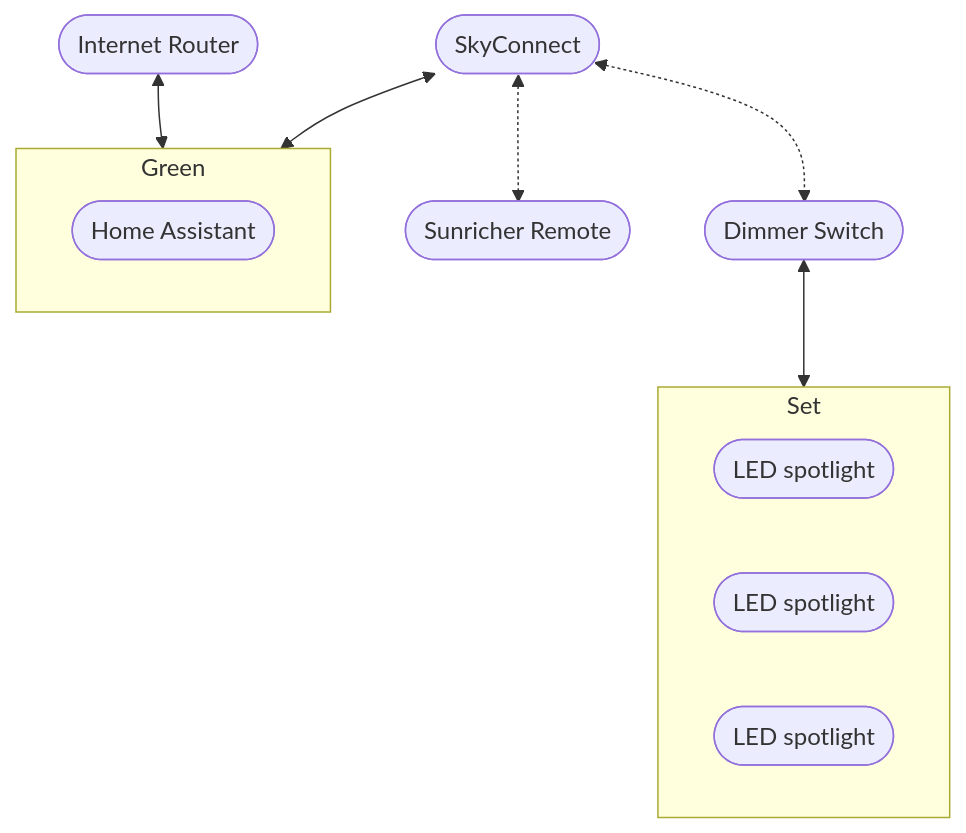
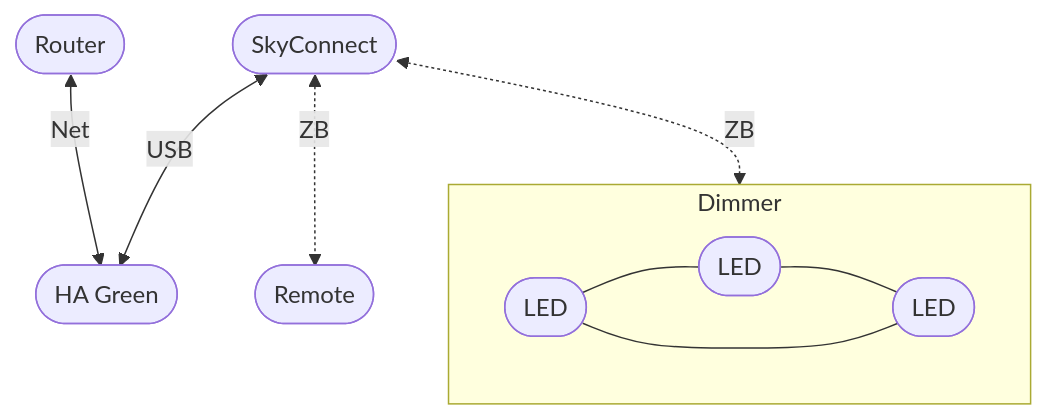
Before and after one commit to freenandes/topo-da-mente: the diagram in content/note/connected-home-switches.md, drawn with Mermaid. The commit also changed other lines of this file, not shown here.

Commit message:
Dec 14, 2023, 10:17 PM

````diff
--- a/content/note/connected-home-switches.md
+++ b/content/note/connected-home-switches.md
@@ -58,16 +55,13 @@
 ```mermaid
 flowchart TB
-iro([Internet Router]) <--> gre
-subgraph gre[Green]
-    has([Home Assistant])
-end
-sky([SkyConnect]) <--> gre
-sky <-.-> szr([Sunricher Remote])
-sky <-.-> zds([Dimmer Switch])
-subgraph sll[Set]
-    ll1([LED spotlight])
-    ll2([LED spotlight])
-    ll3([LED spotlight])
-end
-zds <--> sll
+iro([Router]) <--Net--> has
+has([HA Green])
+sky([SkyConnect]) <--USB--> has
+sky <-.ZB.-> szr([Remote])
+sky <-.ZB.-> zds
+subgraph zds[Dimmer]
+    ll1([LED]) ---
+    ll2([LED]) ---
+    ll3([LED]) --- ll1
+end 
 ```
````
